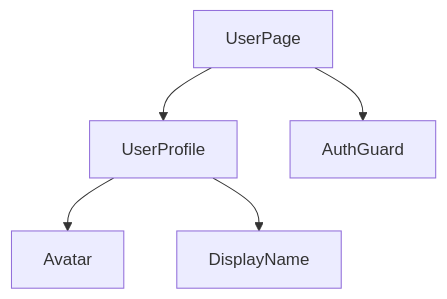
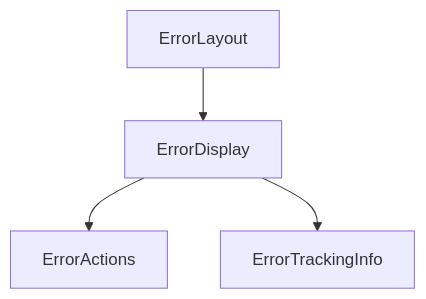
The second of 2 diagrams in docs/auth/AUTH_DESIGN.md (nothink-jp/suzumina.click), drawn with Mermaid before and after one commit. The commit also changed other lines of this file and 2 other files, not shown here.

````diff
--- a/docs/auth/AUTH_DESIGN.md
+++ b/docs/auth/AUTH_DESIGN.md
@@ -87,7 +87,6 @@
 ```mermaid
 graph TD
-    A[UserPage] --> B[UserProfile]
-    B --> C[Avatar]
-    B --> D[DisplayName]
-    A --> E[AuthGuard]
+    A[ErrorLayout] --> B[ErrorDisplay]
+    B --> C[ErrorActions]
+    B --> D[ErrorTrackingInfo]
 ```
````
